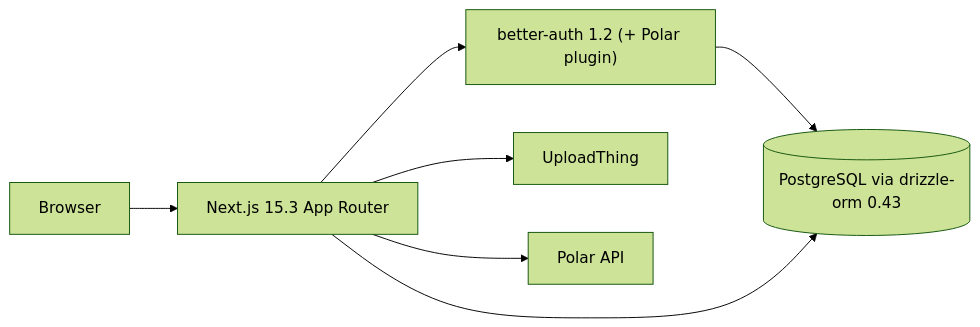
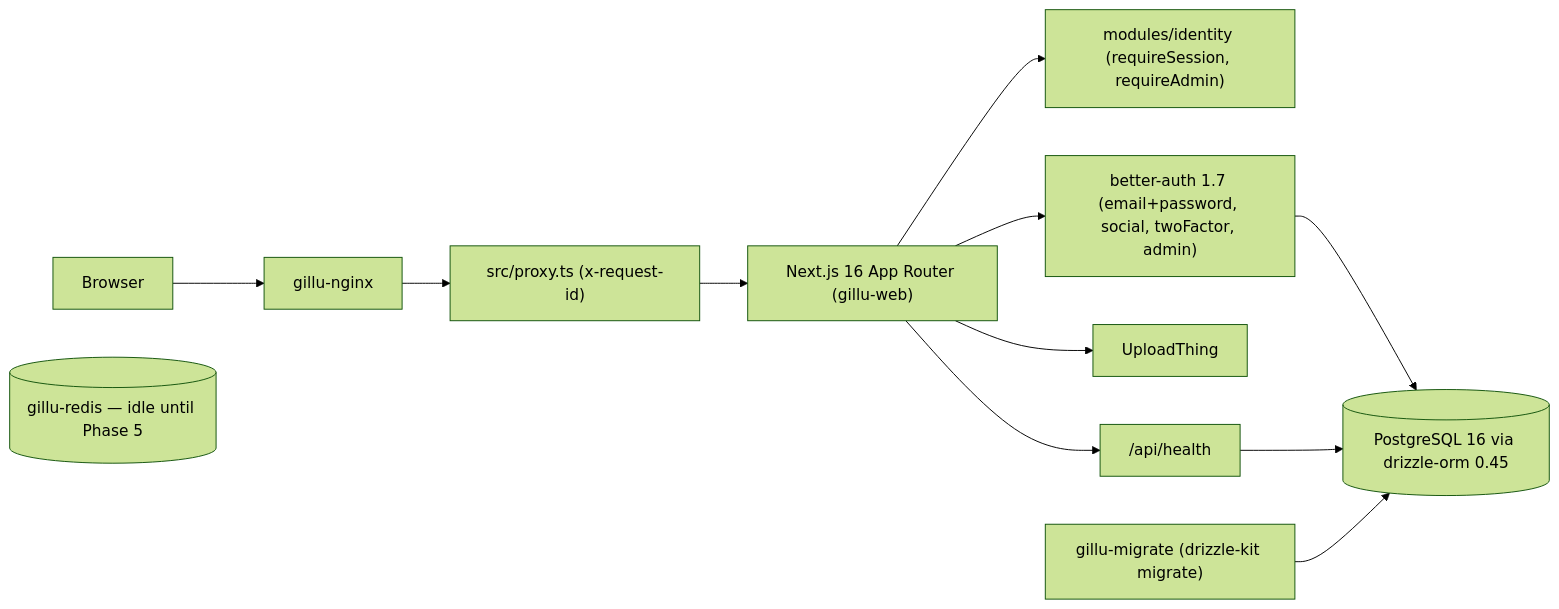
One commit to harshrraj4937/mvmp changed the diagram in docs/architecture.md. Above: the diagram before and after it, drawn with Mermaid (forest theme). The commit also changed other lines of this file and 3 other files, not shown here.

Commit message:
docs: Phase 1 foundation report and as-built architecture

````diff
--- a/docs/architecture.md
+++ b/docs/architecture.md
@@ -15,9 +15,14 @@
 ```mermaid
 flowchart LR
-    B["Browser"] --> N["Next.js 15.3 App Router"]
-    N --> BA["better-auth 1.2 (+ Polar plugin)"]
+    B["Browser"] --> NG["gillu-nginx"]
+    NG --> PX["src/proxy.ts (x-request-id)"]
+    PX --> N["Next.js 16 App Router (gillu-web)"]
+    N --> ID["modules/identity (requireSession, requireAdmin)"]
+    N --> BA["better-auth 1.7 (email+password, social, twoFactor, admin)"]
     N --> UT["UploadThing"]
-    N --> PO["Polar API"]
-    BA --> DB[("PostgreSQL via drizzle-orm 0.43")]
-    N --> DB
+    N --> H["/api/health"]
+    BA --> DB[("PostgreSQL 16 via drizzle-orm 0.45")]
+    H --> DB
+    MIG["gillu-migrate (drizzle-kit migrate)"] --> DB
+    R[("gillu-redis — idle until Phase 5")]
 ```
````
